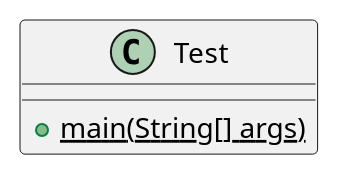
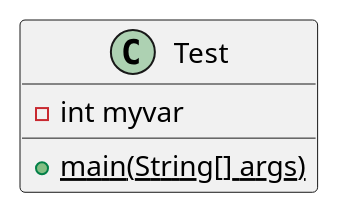
One commit to andrewdimmer/csi-3370-software-project-config-test changed the diagram in docs/uml/test.puml. Above: the diagram before and after it, drawn with PlantUML.

```diff
--- a/docs/uml/test.puml
+++ b/docs/uml/test.puml
@@ -1,7 +1,8 @@
 @startuml test
 
 class Test {
+    - int myvar
     {static} + main(String[] args)
 }
 
 @enduml
```
